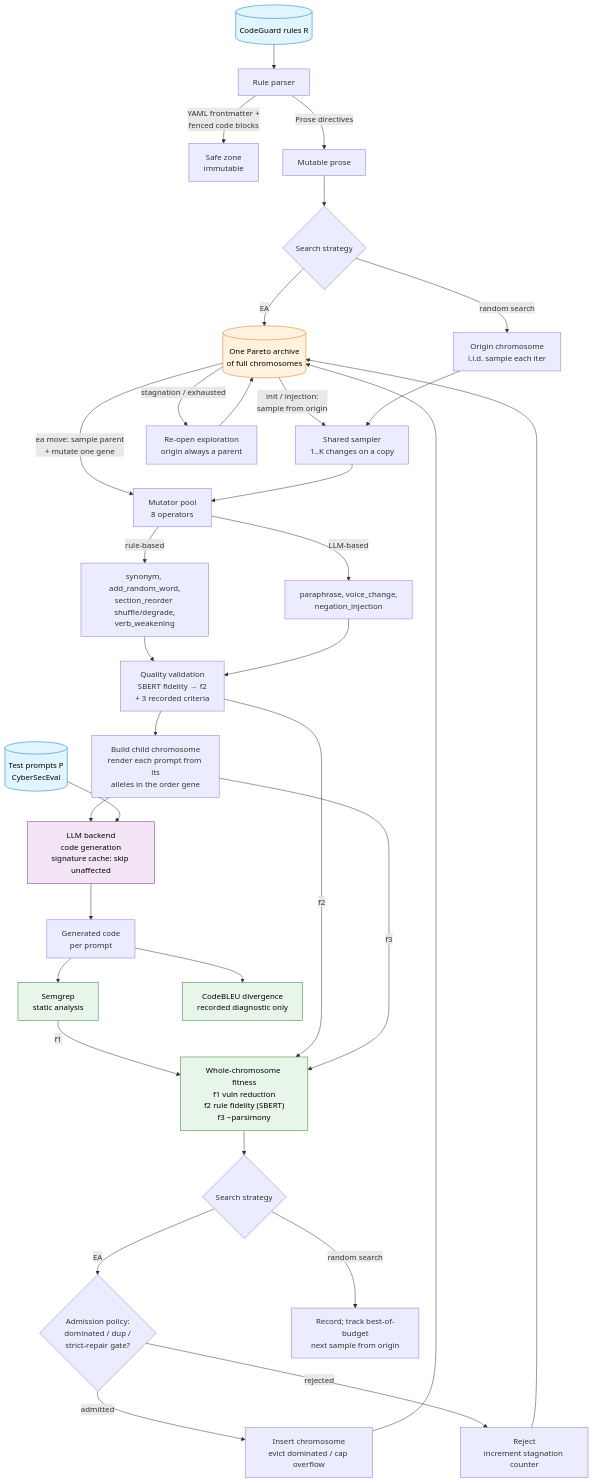
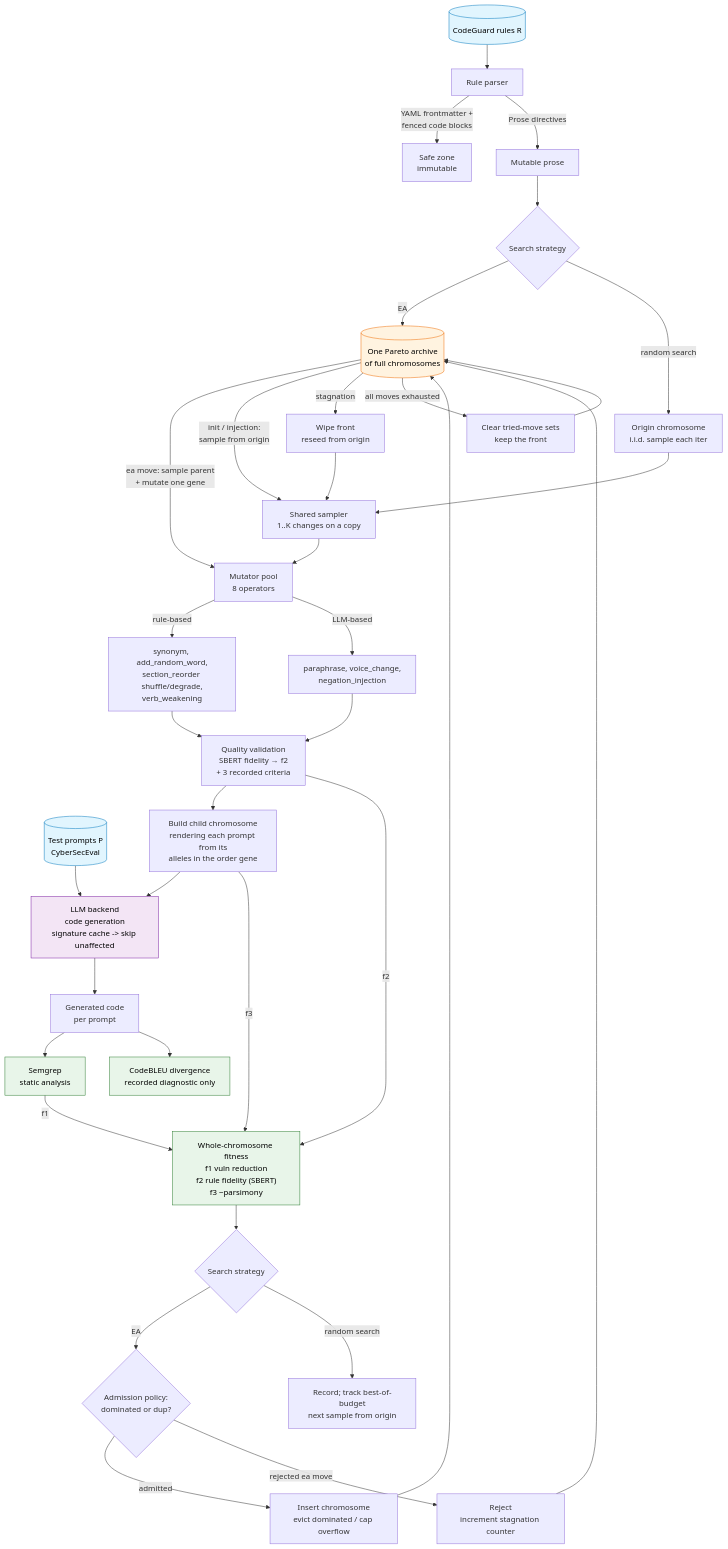
Before and after one commit to RobertoN0/rule-mutation: the diagram in ARCHITECTURE.md, drawn with Mermaid. The commit also changed other lines of this file and 16 other files, not shown here.

First line of the commit message:
docs: reconcile reviewer-facing docs + comments with the chromosome-repair design

````diff
--- a/ARCHITECTURE.md
+++ b/ARCHITECTURE.md
@@ -19,61 +21,63 @@
 ```mermaid
 flowchart TD
     %% ===== Inputs =====
     R[("CodeGuard rules R")]
     P[("Test prompts P<br/>CyberSecEval")]
 
     %% ===== Rule parsing / safe-zone contract =====
     R --> RP[Rule parser]
     RP -->|YAML frontmatter +<br/>fenced code blocks| SZ[Safe zone<br/>immutable]
     RP -->|Prose directives| MZ[Mutable prose]
 
     %% ===== Strategy split: how the next candidate is built =====
     MZ --> STRAT{Search strategy}
     STRAT -->|EA| ARC[("One Pareto archive<br/>of full chromosomes")]
     STRAT -->|random search| ORG[Origin chromosome<br/>i.i.d. sample each iter]
     ARC -->|ea move: sample parent<br/>+ mutate one gene| MUT[Mutator pool<br/>8 operators]
     ARC -->|init / injection:<br/>sample from origin| SMP[Shared sampler<br/>1..K changes on a copy]
     ORG --> SMP
     SMP --> MUT
 
     %% ===== Mutator pool =====
     MUT -->|rule-based| MB[synonym, add_random_word,<br/>section_reorder shuffle/degrade,<br/>verb_weakening]
     MUT -->|LLM-based| LB[paraphrase, voice_change,<br/>negation_injection]
     MB --> QV[Quality validation<br/>SBERT fidelity → f2<br/>+ 3 recorded criteria]
     LB --> QV
-    QV --> ASM[Build child chromosome<br/>render each prompt from its<br/>alleles in the order gene]
+    QV --> ASM[Build child chromosome<br/>rendering each prompt from its<br/>alleles in the order gene]
 
     %% ===== Fitness evaluation (conservative objectives) =====
-    ASM --> LLM[LLM backend<br/>code generation<br/>signature cache: skip unaffected]
+    ASM --> LLM[LLM backend<br/>code generation<br/>signature cache -> skip unaffected]
     P --> LLM
     LLM --> CODE[Generated code<br/>per prompt]
     CODE --> SG[Semgrep<br/>static analysis]
     CODE --> CB[CodeBLEU divergence<br/>recorded diagnostic only]
     SG -->|f1| FIT["Whole-chromosome fitness<br/>f1 vuln reduction<br/>f2 rule fidelity (SBERT)<br/>f3 −parsimony"]
     QV -->|f2| FIT
     ASM -->|f3| FIT
 
     %% ===== Acceptance: strategy-dependent =====
     FIT --> ACC{Search strategy}
-    ACC -->|EA| TA{Admission policy:<br/>dominated / dup /<br/>strict-repair gate?}
+    ACC -->|EA| TA{Admission policy:<br/>dominated or dup?}
     ACC -->|random search| LOG[Record; track best-of-budget<br/>next sample from origin]
     TA -->|admitted| INS[Insert chromosome<br/>evict dominated / cap overflow]
-    TA -->|rejected| REJ[Reject<br/>increment stagnation counter]
+    TA -->|rejected ea move| REJ[Reject<br/>increment stagnation counter]
     INS --> ARC
     REJ --> ARC
 
-    %% ===== Restart (EA only): re-open, never wipe =====
-    ARC -->|stagnation / exhausted| RST[Re-open exploration<br/>origin always a parent]
-    RST --> ARC
+    %% ===== Restart (EA only): stagnation wipes+reseeds; exhaustion only re-opens =====
+    ARC -->|stagnation| RST[Wipe front<br/>reseed from origin]
+    RST --> SMP
+    ARC -->|all moves exhausted| ROP[Clear tried-move sets<br/>keep the front]
+    ROP --> ARC
 
     %% ===== Styling =====
     classDef input fill:#e1f5fe,stroke:#0277bd,color:#000
     classDef archive fill:#fff3e0,stroke:#ef6c00,color:#000
     classDef llm fill:#f3e5f5,stroke:#7b1fa2,color:#000
     classDef metric fill:#e8f5e9,stroke:#2e7d32,color:#000
 
     class R,P input
     class ARC archive
     class LLM llm
     class FIT,SG,CB metric
 ```
````
